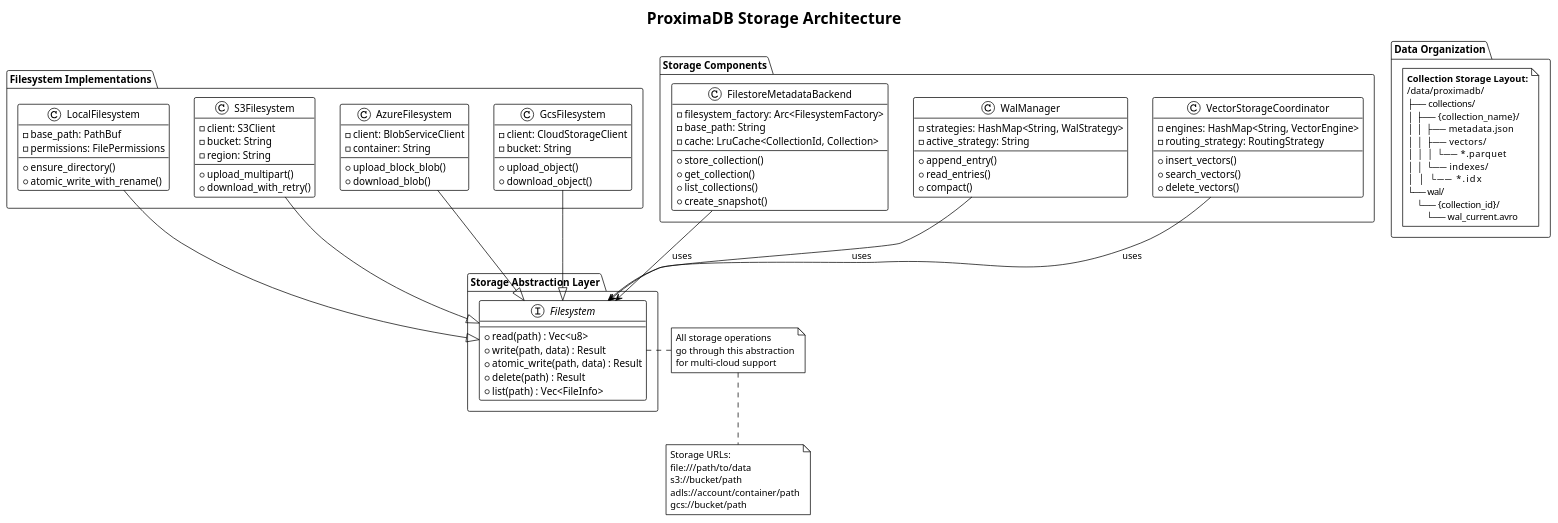
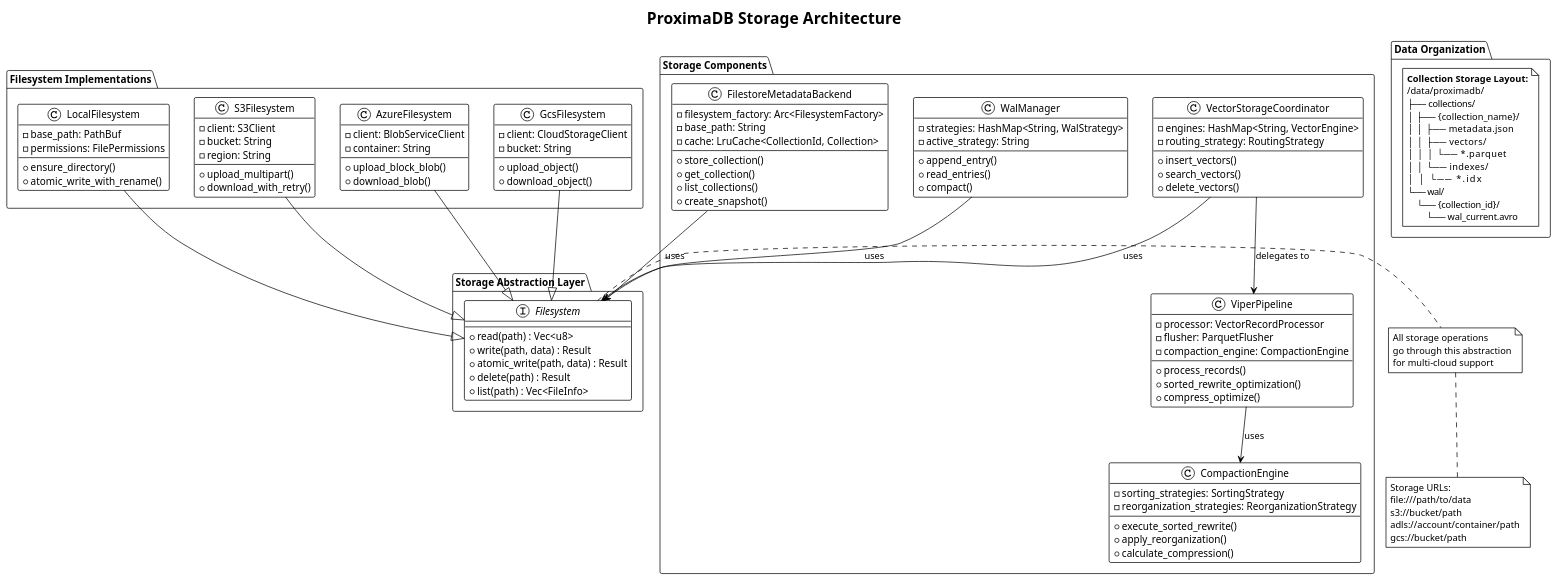
One commit to vjsingh1984/proximaDB changed the diagram in diagrams/storage-architecture.puml. Above: the diagram before and after it, drawn with PlantUML. The commit also changed 17 other files, not shown here.

First line of the commit message:
Complete comprehensive documentation for VIPER sorted rewrite optimization

```diff
--- a/diagrams/storage-architecture.puml
+++ b/diagrams/storage-architecture.puml
@@ -1,106 +1,125 @@
 @startuml Storage Architecture
 !theme plain
 title ProximaDB Storage Architecture
 
 package "Storage Abstraction Layer" {
   interface "Filesystem" {
     +read(path) : Vec<u8>
     +write(path, data) : Result
     +atomic_write(path, data) : Result
     +delete(path) : Result
     +list(path) : Vec<FileInfo>
   }
 }
 
 package "Filesystem Implementations" {
   class "LocalFilesystem" {
     -base_path: PathBuf
     -permissions: FilePermissions
     +ensure_directory()
     +atomic_write_with_rename()
   }
   
   class "S3Filesystem" {
     -client: S3Client
     -bucket: String
     -region: String
     +upload_multipart()
     +download_with_retry()
   }
   
   class "AzureFilesystem" {
     -client: BlobServiceClient
     -container: String
     +upload_block_blob()
     +download_blob()
   }
   
   class "GcsFilesystem" {
     -client: CloudStorageClient
     -bucket: String
     +upload_object()
     +download_object()
   }
 }
 
 package "Storage Components" {
   class "FilestoreMetadataBackend" {
     -filesystem_factory: Arc<FilesystemFactory>
     -base_path: String
     -cache: LruCache<CollectionId, Collection>
     +store_collection()
     +get_collection()
     +list_collections()
     +create_snapshot()
   }
   
   class "WalManager" {
     -strategies: HashMap<String, WalStrategy>
     -active_strategy: String
     +append_entry()
     +read_entries()
     +compact()
   }
   
   class "VectorStorageCoordinator" {
     -engines: HashMap<String, VectorEngine>
     -routing_strategy: RoutingStrategy
     +insert_vectors()
     +search_vectors()
     +delete_vectors()
   }
+  
+  class "ViperPipeline" {
+    -processor: VectorRecordProcessor
+    -flusher: ParquetFlusher
+    -compaction_engine: CompactionEngine
+    +process_records()
+    +sorted_rewrite_optimization()
+    +compress_optimize()
+  }
+  
+  class "CompactionEngine" {
+    -sorting_strategies: SortingStrategy
+    -reorganization_strategies: ReorganizationStrategy
+    +execute_sorted_rewrite()
+    +apply_reorganization()
+    +calculate_compression()
+  }
 }
 
 package "Data Organization" {
   note as N1
     <b>Collection Storage Layout:</b>
     /data/proximadb/
     ├── collections/
     │   ├── {collection_name}/
     │   │   ├── metadata.json
     │   │   ├── vectors/
     │   │   │   └── *.parquet
     │   │   └── indexes/
     │   │       └── *.idx
     └── wal/
         └── {collection_id}/
             └── wal_current.avro
   end note
 }
 
 ' Inheritance
 LocalFilesystem --|> Filesystem
 S3Filesystem --|> Filesystem
 AzureFilesystem --|> Filesystem
 GcsFilesystem --|> Filesystem
 
 ' Usage
 FilestoreMetadataBackend --> Filesystem : uses
 WalManager --> Filesystem : uses
 VectorStorageCoordinator --> Filesystem : uses
+VectorStorageCoordinator --> ViperPipeline : delegates to
+ViperPipeline --> CompactionEngine : uses
 
 note right of Filesystem : All storage operations\ngo through this abstraction\nfor multi-cloud support
 
 note bottom : Storage URLs:\nfile:///path/to/data\ns3://bucket/path\nadls://account/container/path\ngcs://bucket/path
 
 @enduml
```
